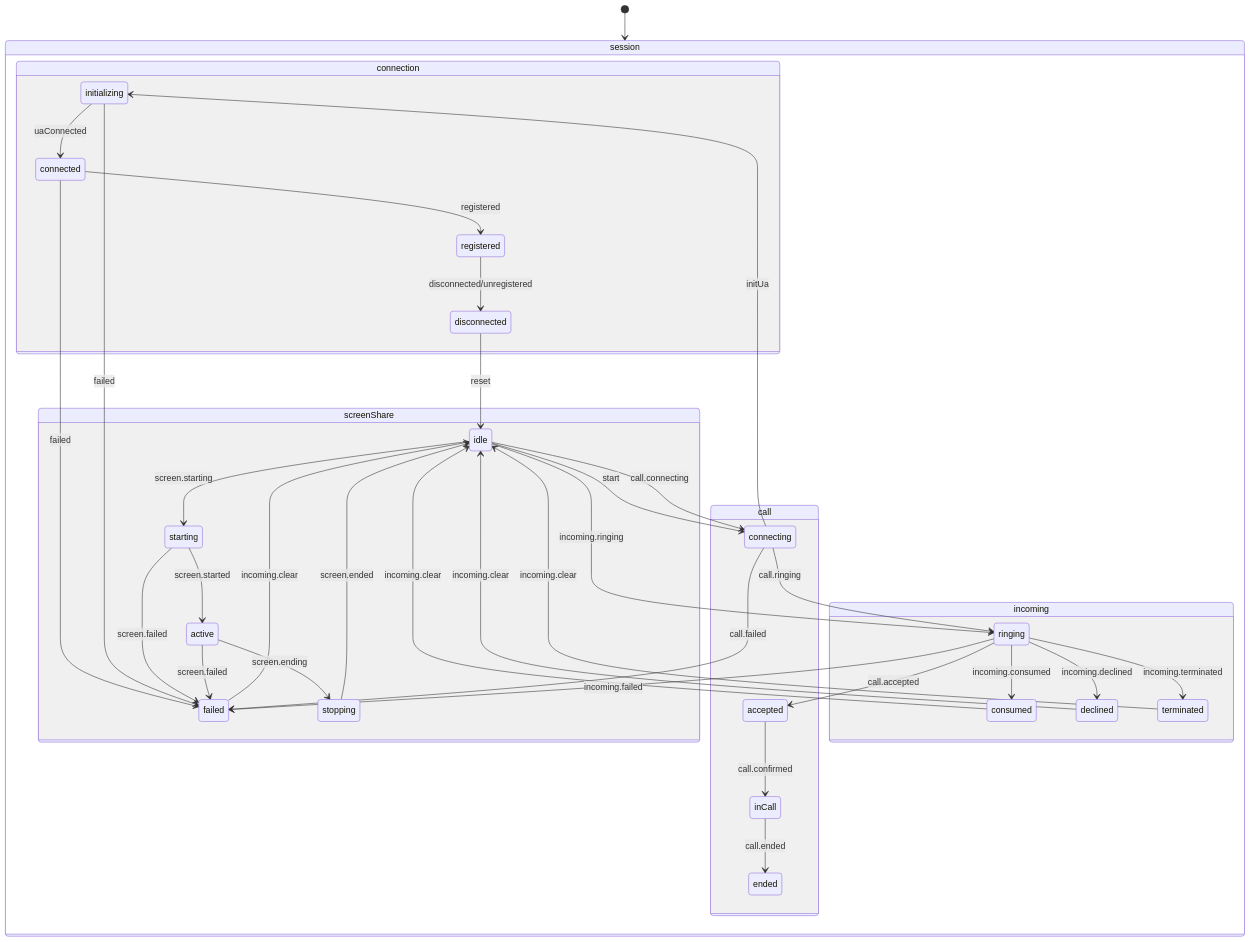
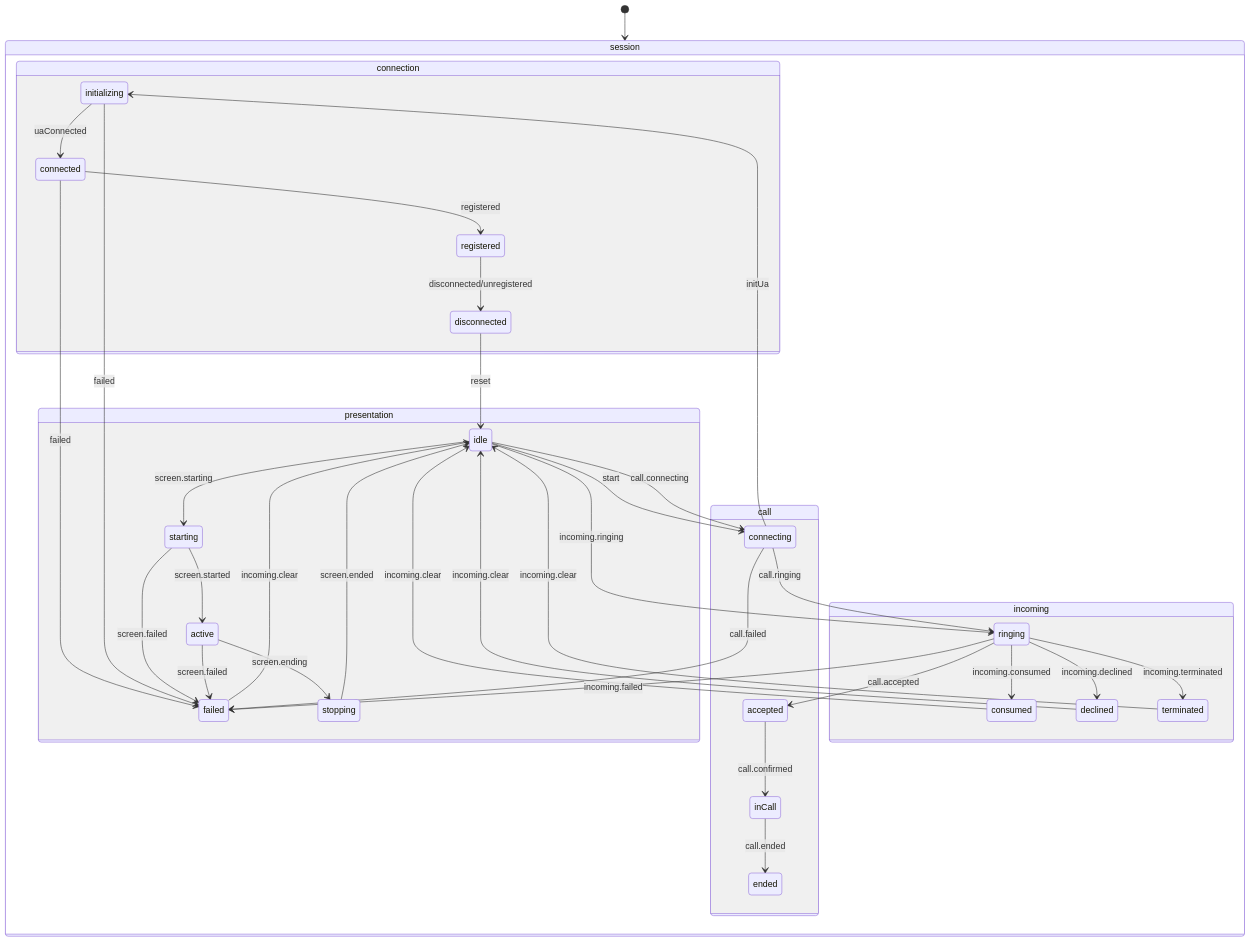
The second of 2 diagrams in docs/arch.md (Krivega/sip-connector), drawn with Mermaid before and after one commit. The commit also changed other lines of this file and 76 other files, not shown here.

Commit message:
refactor: rename screen share to presentation and update related components

````diff
--- a/docs/arch.md
+++ b/docs/arch.md
@@ -397,43 +397,43 @@
 ```mermaid
 stateDiagram-v2
     [*] --> session
     state session {
         state connection {
             idle --> connecting: start
             connecting --> initializing: initUa
             initializing --> connected: uaConnected
             connected --> registered: registered
             registered --> disconnected: disconnected/unregistered
             disconnected --> idle: reset
             connected --> failed: failed
             initializing --> failed: failed
         }
         state call {
             idle --> connecting: call.connecting
             connecting --> ringing: call.ringing
             ringing --> accepted: call.accepted
             accepted --> inCall: call.confirmed
             inCall --> ended: call.ended
             connecting --> failed: call.failed
         }
         state incoming {
             idle --> ringing: incoming.ringing
             ringing --> consumed: incoming.consumed
             ringing --> declined: incoming.declined
             ringing --> terminated: incoming.terminated
             ringing --> failed: incoming.failed
             consumed --> idle: incoming.clear
             declined --> idle: incoming.clear
             terminated --> idle: incoming.clear
             failed --> idle: incoming.clear
         }
-        state screenShare {
+        state presentation {
             idle --> starting: screen.starting
             starting --> active: screen.started
             starting --> failed: screen.failed
             active --> stopping: screen.ending
             stopping --> idle: screen.ended
             active --> failed: screen.failed
         }
     }
 ```
````
